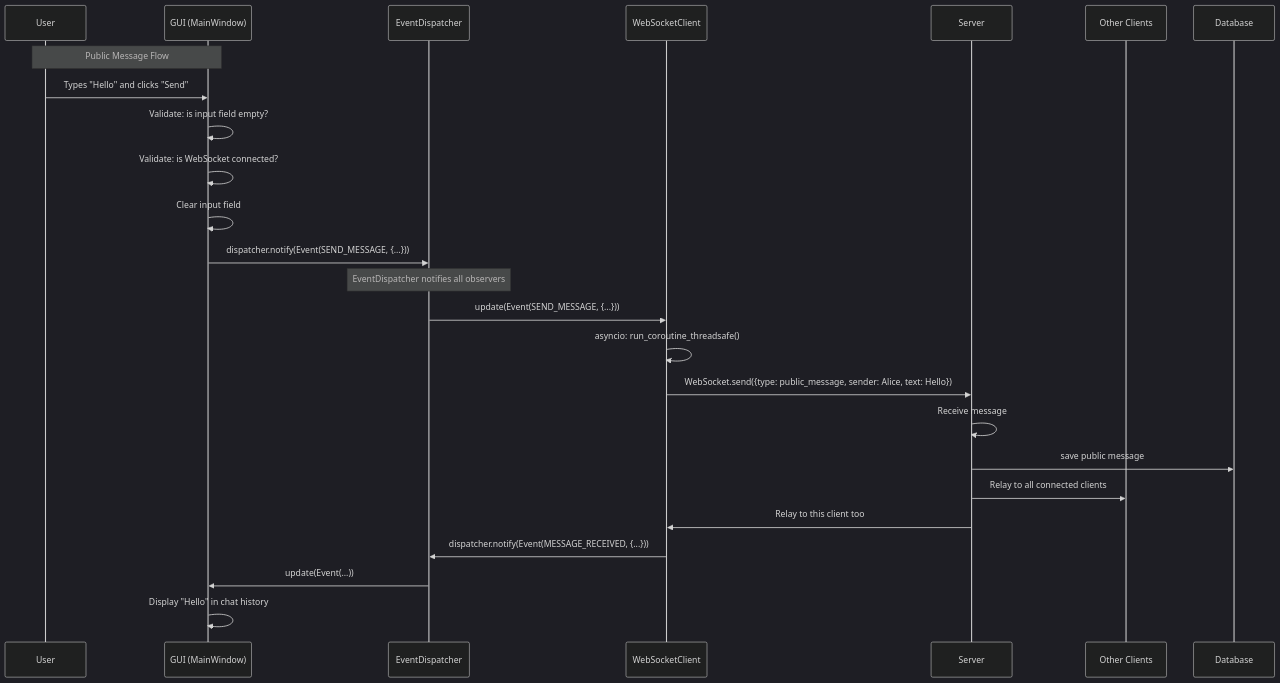
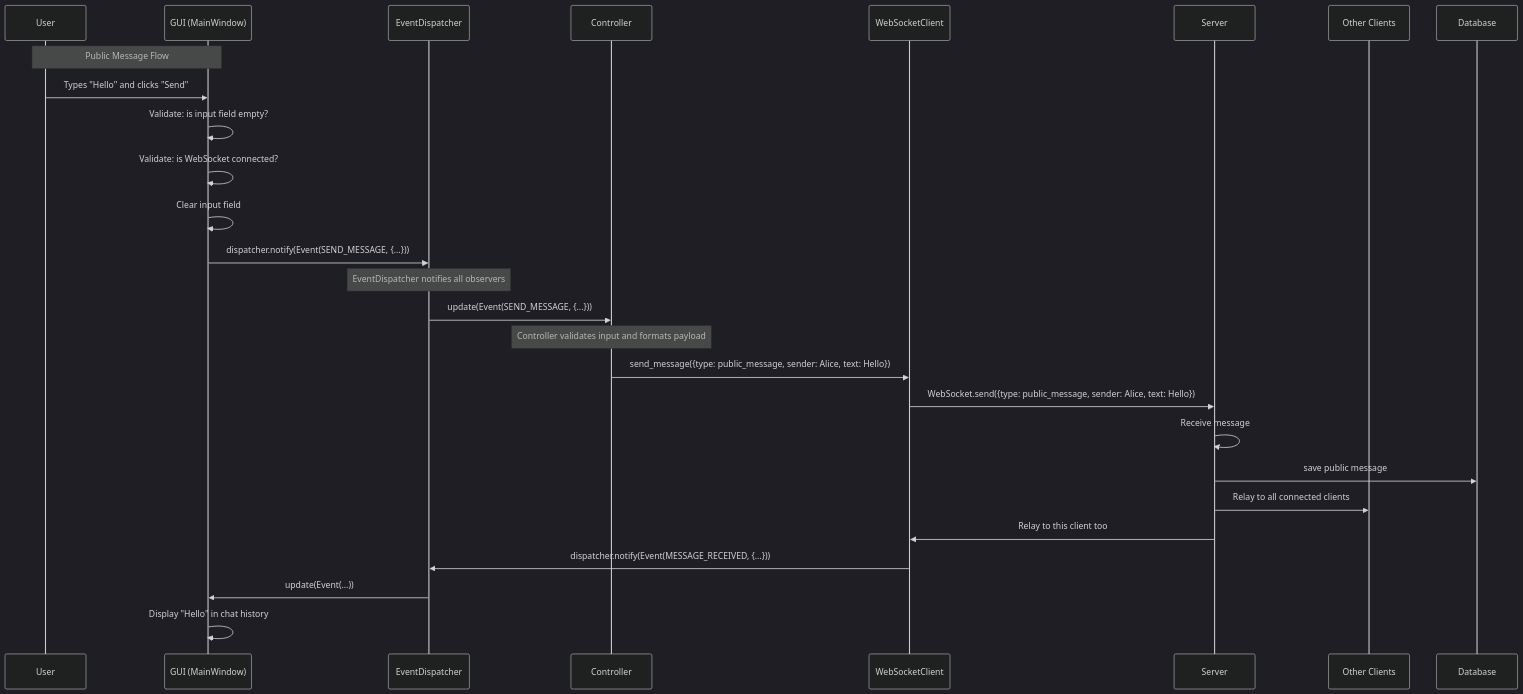
The second of 4 diagrams in docs/architecture/flow_[Mermaid].md (4iger3/P2P-Mesenger), drawn with Mermaid (dark theme) before and after one commit. The commit also changed other lines of this file and 3 other files, not shown here.

Commit message:
Mermaid 2'd update

````diff
--- a/docs/architecture/flow_[Mermaid].md
+++ b/docs/architecture/flow_[Mermaid].md
@@ -37,31 +42,33 @@
 ```mermaid
 sequenceDiagram
     participant User as User
     participant GUI as GUI (MainWindow)
     participant Disp as EventDispatcher
+    participant Ctrl as Controller
     participant Net as WebSocketClient
     participant Server as Server
     participant Others as Other Clients
 
     Note over User,GUI: Public Message Flow
     User->>GUI: Types "Hello" and clicks "Send"
     GUI->>GUI: Validate: is input field empty?
     GUI->>GUI: Validate: is WebSocket connected?
     GUI->>GUI: Clear input field
     
     GUI->>Disp: dispatcher.notify(Event(SEND_MESSAGE, {...}))
     
     Note over Disp: EventDispatcher notifies all observers
-    Disp->>Net: update(Event(SEND_MESSAGE, {...}))
+    Disp->>Ctrl: update(Event(SEND_MESSAGE, {...}))
+    Note over Ctrl: Controller validates input and formats payload
+    Ctrl->>Net: send_message({type: public_message, sender: Alice, text: Hello})
     
-    Net->>Net: asyncio: run_coroutine_threadsafe()
     Net->>Server: WebSocket.send({type: public_message, sender: Alice, text: Hello})
     Server->>Server: Receive message
     Server->>Database: save public message
     Server->>Others: Relay to all connected clients
     Server->>Net: Relay to this client too
     
     Net->>Disp: dispatcher.notify(Event(MESSAGE_RECEIVED, {...}))
     Disp->>GUI: update(Event(...))
     GUI->>GUI: Display "Hello" in chat history
 ```
````
